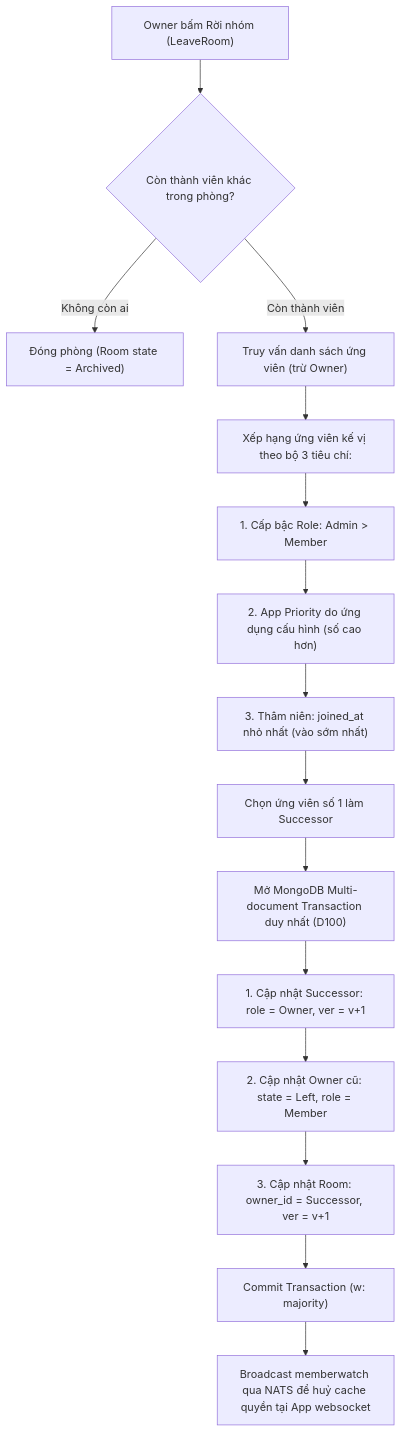
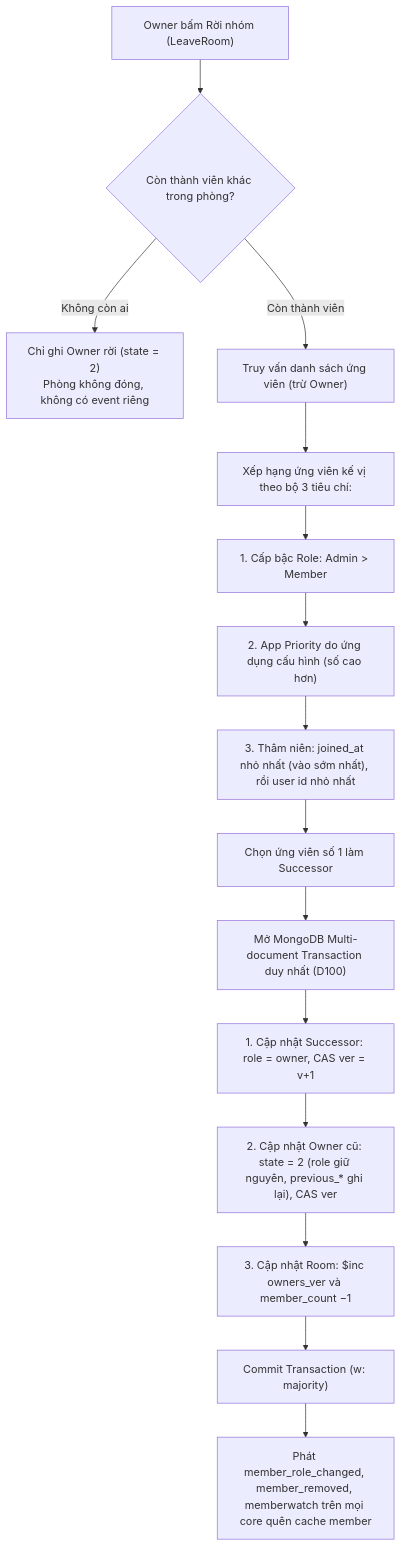
One commit to ivannguyendev/chatim changed the second of 3 diagrams in docs/modules/05-feature-membership-roles-and-succession.md. Above: the diagram before and after it, drawn with Mermaid. The commit also changed other lines of this file and 12 other files, not shown here.

````diff
--- a/docs/modules/05-feature-membership-roles-and-succession.md
+++ b/docs/modules/05-feature-membership-roles-and-succession.md
@@ -49,21 +48,21 @@
 ```mermaid
 flowchart TD
     Start["Owner bấm Rời nhóm (LeaveRoom)"] --> CheckRole{"Còn thành viên khác trong phòng?"}
-    CheckRole -- "Không còn ai" --> ArchiveRoom["Đóng phòng (Room state = Archived)"]
+    CheckRole -- "Không còn ai" --> ArchiveRoom["Chỉ ghi Owner rời (state = 2)<br/>Phòng không đóng, không có event riêng"]
     CheckRole -- "Còn thành viên" --> QueryCandidates["Truy vấn danh sách ứng viên (trừ Owner)"]
 
     QueryCandidates --> RankCandidates["Xếp hạng ứng viên kế vị theo bộ 3 tiêu chí:"]
     RankCandidates --> P1["1. Cấp bậc Role: Admin > Member"]
     P1 --> P2["2. App Priority do ứng dụng cấu hình (số cao hơn)"]
-    P2 --> P3["3. Thâm niên: joined_at nhỏ nhất (vào sớm nhất)"]
+    P2 --> P3["3. Thâm niên: joined_at nhỏ nhất (vào sớm nhất), rồi user id nhỏ nhất"]
 
     P3 --> SelectSuccessor["Chọn ứng viên số 1 làm Successor"]
     SelectSuccessor --> Tx["Mở MongoDB Multi-document Transaction duy nhất (D100)"]
 
-    Tx --> StepA["1. Cập nhật Successor: role = Owner, ver = v+1"]
-    StepA --> StepB["2. Cập nhật Owner cũ: state = Left, role = Member"]
-    StepB --> StepC["3. Cập nhật Room: owner_id = Successor, ver = v+1"]
+    Tx --> StepA["1. Cập nhật Successor: role = owner, CAS ver = v+1"]
+    StepA --> StepB["2. Cập nhật Owner cũ: state = 2 (role giữ nguyên, previous_* ghi lại), CAS ver"]
+    StepB --> StepC["3. Cập nhật Room: $inc owners_ver và member_count −1"]
     StepC --> Commit["Commit Transaction (w: majority)"]
 
-    Commit --> InvalidateCache["Broadcast memberwatch qua NATS để huỷ cache quyền tại App websocket"]
+    Commit --> InvalidateCache["Phát member_role_changed, member_removed, memberwatch trên mọi core quên cache member"]
 ```
````
